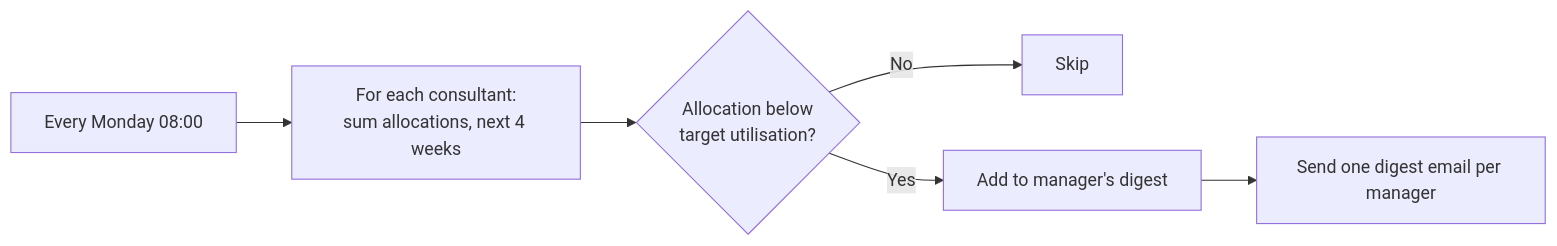
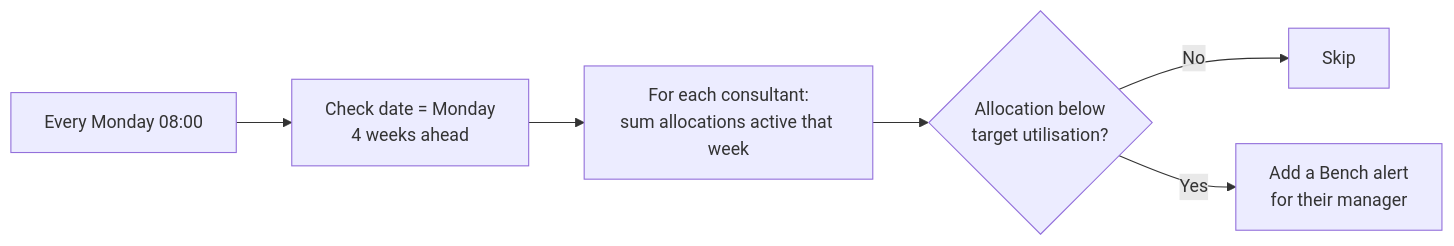
Before and after one commit to DiogoS7/Houston: the third of 3 diagrams in docs/process-flows.md, drawn with Mermaid. The commit also changed other lines of this file and 1 other file, not shown here.

Commit message:
Docs: in-app alerts and Alert table

````diff
--- a/docs/process-flows.md
+++ b/docs/process-flows.md
@@ -35,8 +40,8 @@
 ```mermaid
 flowchart LR
-    A[Every Monday 08:00] --> B[For each consultant:<br/>sum allocations, next 4 weeks]
-    B --> C{Allocation below<br/>target utilisation?}
-    C -->|No| D[Skip]
-    C -->|Yes| E[Add to manager's digest]
-    E --> F[Send one digest email per manager]
+    A[Every Monday 08:00] --> B[Check date = Monday<br/>4 weeks ahead]
+    B --> C[For each consultant:<br/>sum allocations active that week]
+    C --> D{Allocation below<br/>target utilisation?}
+    D -->|No| E[Skip]
+    D -->|Yes| F[Add a Bench alert<br/>for their manager]
 ```
````
